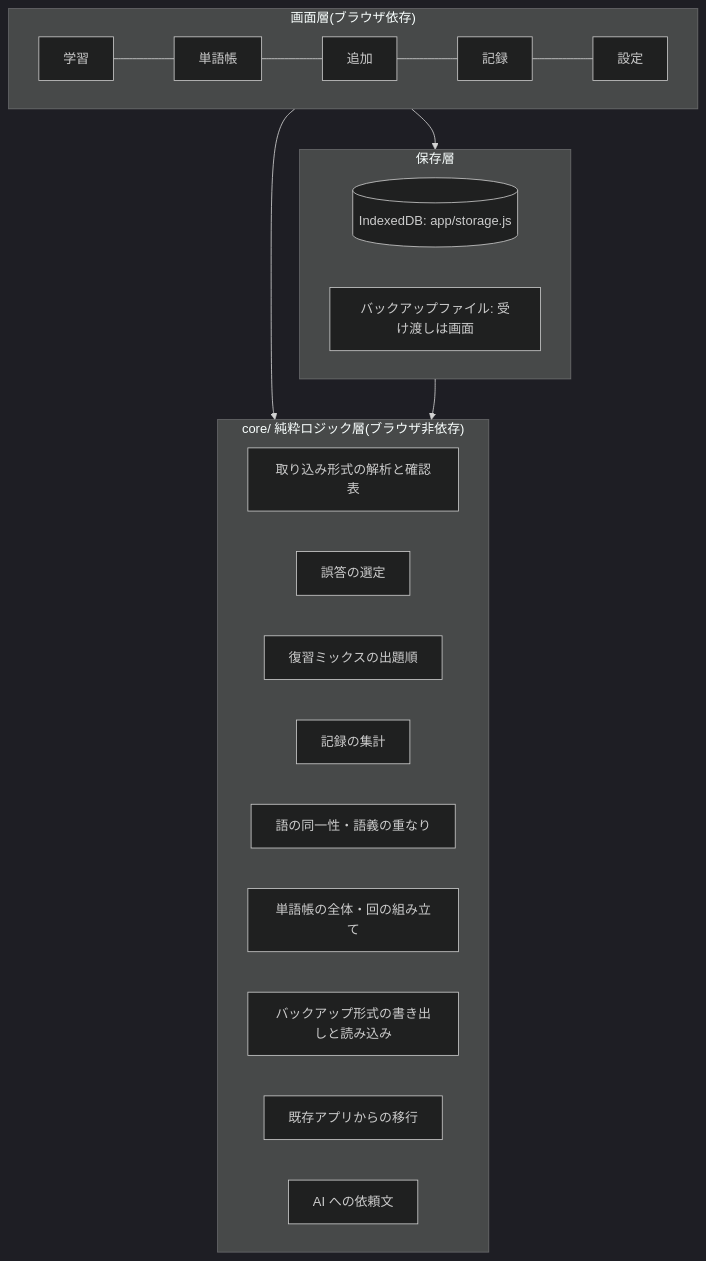
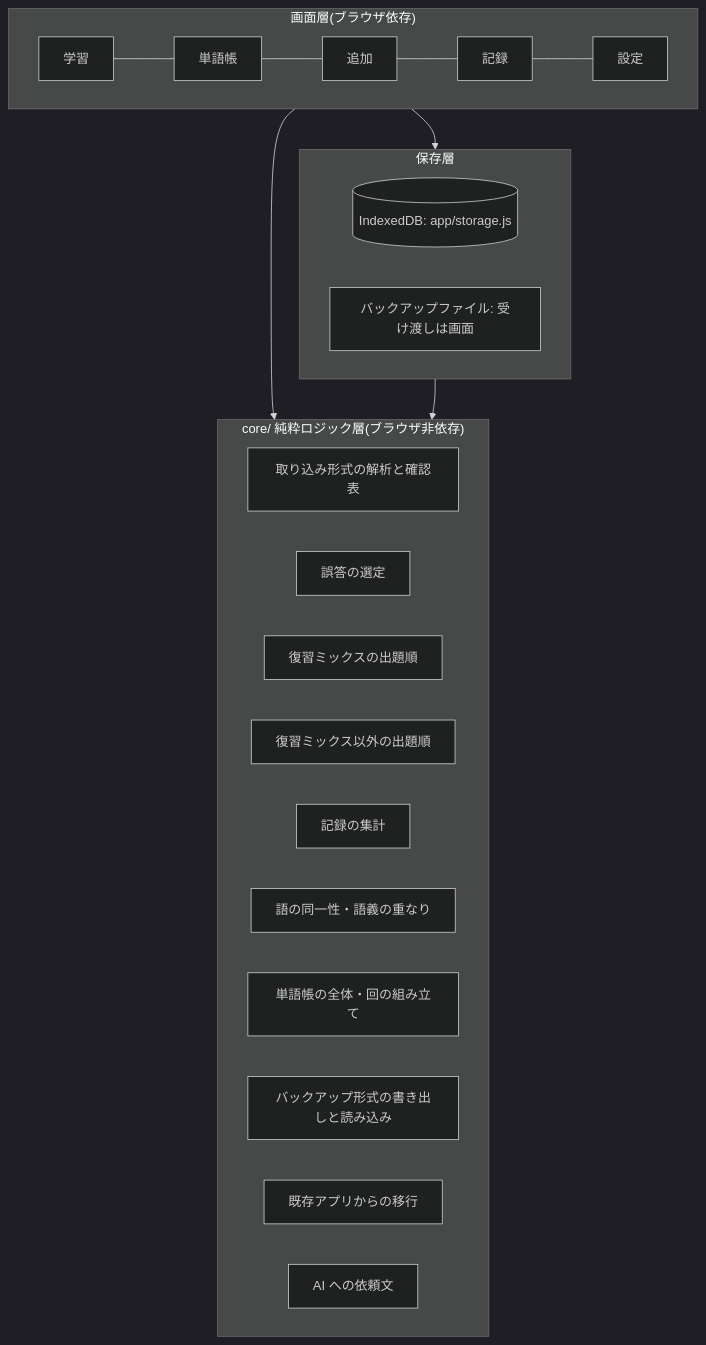
Before and after one commit to Hirano-Soura/tango-drill: the diagram in Docs/10_Design.md, drawn with Mermaid (dark theme). The commit also changed other lines of this file and 26 other files, not shown here.

````diff
--- a/Docs/10_Design.md
+++ b/Docs/10_Design.md
@@ -36,27 +36,28 @@
 ```mermaid
 flowchart TB
   subgraph UI["画面層(ブラウザ依存)"]
     A[学習] --- B[単語帳]
     B --- C[追加]
     C --- D[記録]
     D --- E[設定]
   end
   subgraph CORE["core/ 純粋ロジック層(ブラウザ非依存)"]
     P[取り込み形式の解析と確認表]
     Q[誤答の選定]
     R[復習ミックスの出題順]
+    O[復習ミックス以外の出題順]
     S[記録の集計]
     T[語の同一性・語義の重なり]
     K[単語帳の全体・回の組み立て]
     V[バックアップ形式の書き出しと読み込み]
     M[既存アプリからの移行]
     G[AI への依頼文]
   end
   subgraph STORE["保存層"]
     I[(IndexedDB: app/storage.js)]
     F[バックアップファイル: 受け渡しは画面]
   end
   UI --> CORE
   UI --> STORE
   STORE --> CORE
 ```
````
